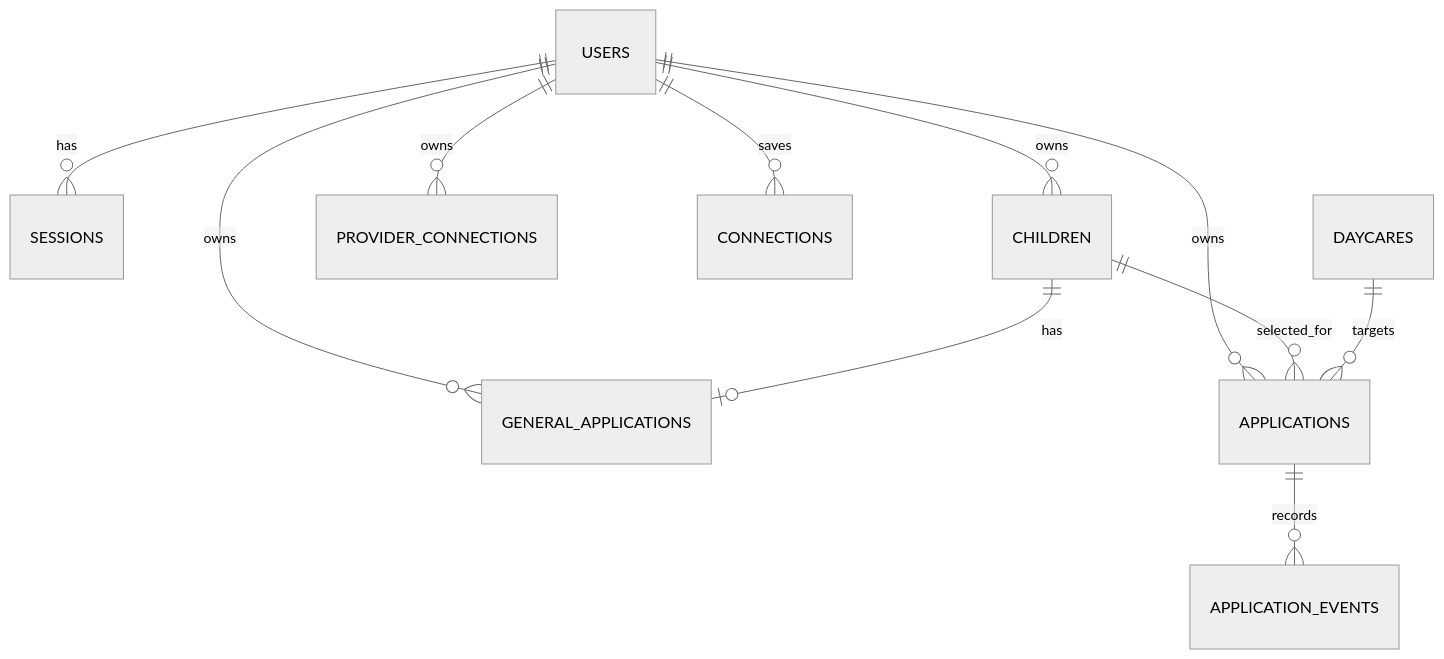
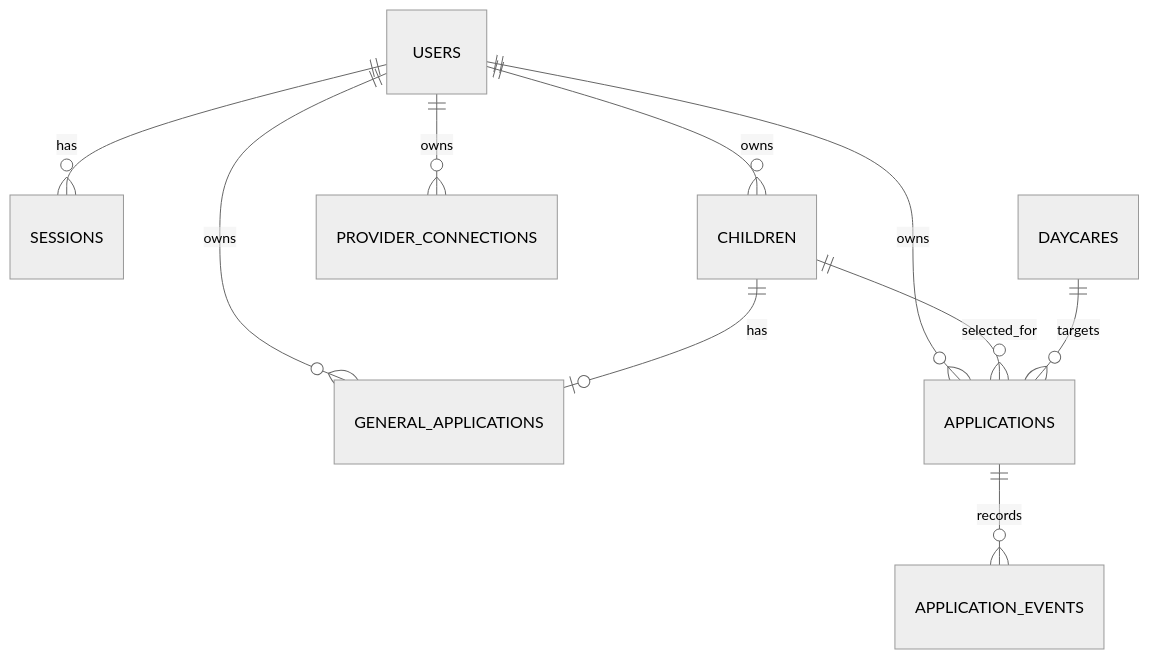
One commit to charrmint/nw-jrvh changed the diagram in docs/mvp-schema.md. Above: the diagram before and after it, drawn with Mermaid (neutral theme). The commit also changed other lines of this file and 4 other files, not shown here.

````diff
--- a/docs/mvp-schema.md
+++ b/docs/mvp-schema.md
@@ -16,13 +16,12 @@
 ```mermaid
 erDiagram
   USERS ||--o{ SESSIONS : has
   USERS ||--o{ CHILDREN : owns
   USERS ||--o{ GENERAL_APPLICATIONS : owns
   USERS ||--o{ PROVIDER_CONNECTIONS : owns
   CHILDREN ||--o| GENERAL_APPLICATIONS : has
   USERS ||--o{ APPLICATIONS : owns
-  USERS ||--o{ CONNECTIONS : saves
   CHILDREN ||--o{ APPLICATIONS : selected_for
   DAYCARES ||--o{ APPLICATIONS : targets
   APPLICATIONS ||--o{ APPLICATION_EVENTS : records
 ```
````
